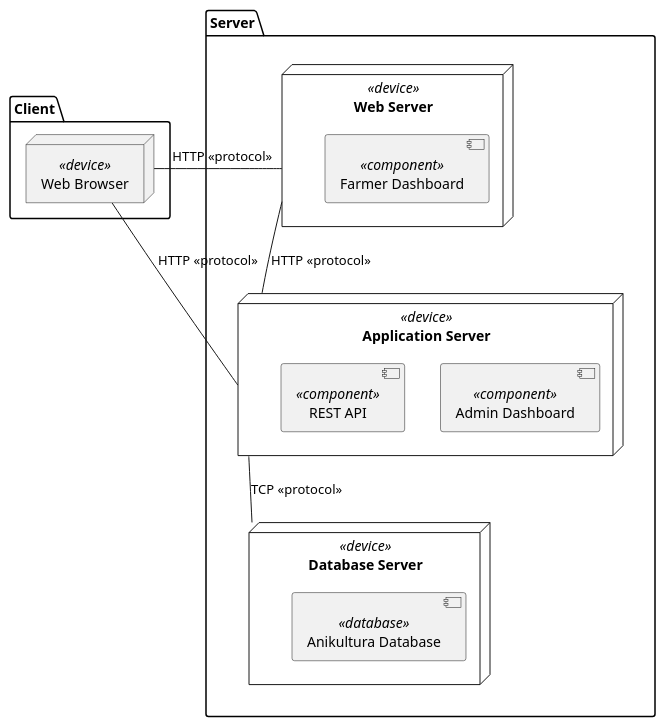
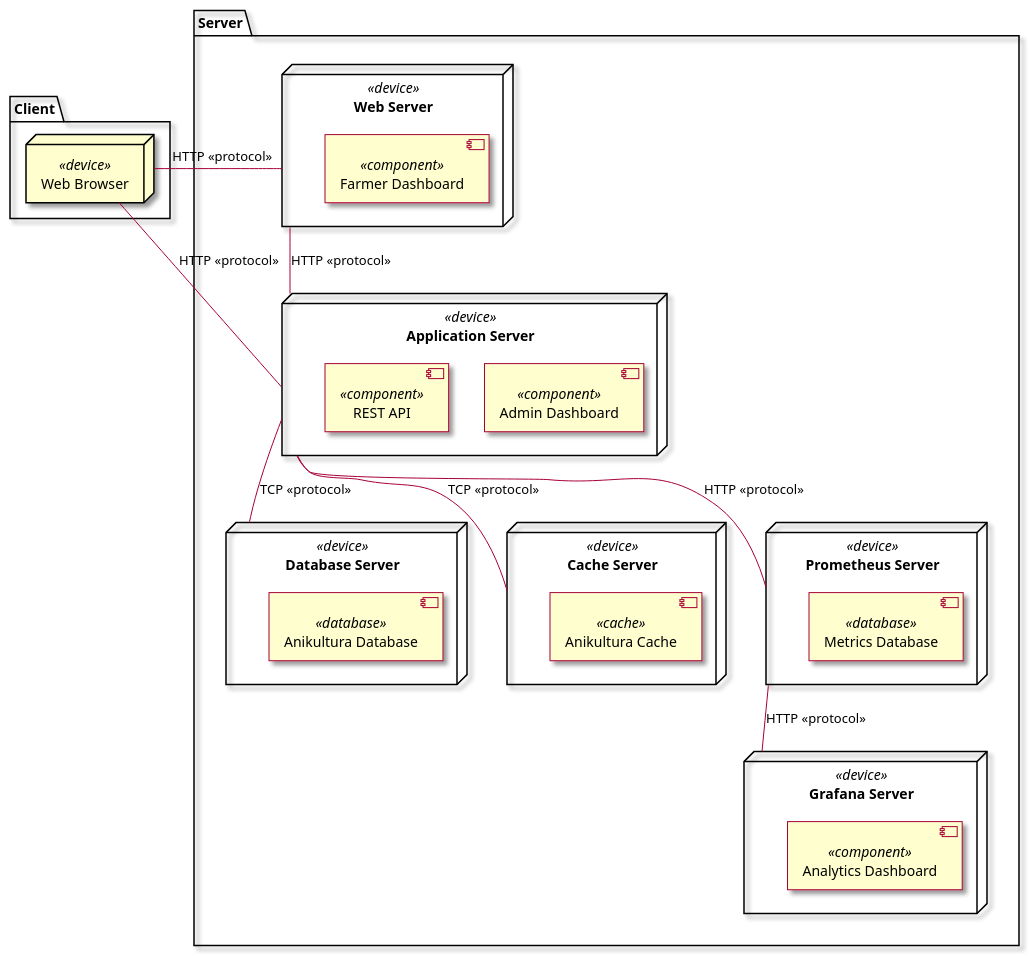
Before and after one commit to radical-doubting/anikultura-diagrams: the diagram in plantuml/proposed/deployment.wsd, drawn with PlantUML.

Commit message:
Update deployment diagram

```diff
--- a/plantuml/proposed/deployment.wsd
+++ b/plantuml/proposed/deployment.wsd
@@ -1,32 +1,50 @@
 @startuml
+skin rose
 
 package Client {
     node "Web Browser" as browser <<device>>
 }
 
 package Server {
     node "Web Server" <<device>> as web{
         component "Farmer Dashboard" <<component>> as farmer
 
         ' farmer -- html
         ' farmer -- js
         ' farmer -- css
     }
 
     node "Application Server" <<device>> as app {
         component "Admin Dashboard" <<component>> as admin
         component "REST API" <<component>> as rest
     }
 
     node "Database Server" <<device>> as db {
         component "Anikultura Database" <<database>>
     }
+
+    node "Cache Server" <<device>> as cache {
+        component "Anikultura Cache" <<cache>>
+    }
+
+    node "Prometheus Server" <<device>> as prom {
+        component "Metrics Database" <<database>>
+    }
+
+    node "Grafana Server" <<device>> as grafana {
+        component "Analytics Dashboard" <<component>>
+    }
 }
+
+web -- app : HTTP <<protocol>>
+app -- db : TCP <<protocol>>
+app -- cache : TCP <<protocol>>
+app -- prom : HTTP <<protocol>>
+prom -- grafana : HTTP <<protocol>>
+
 
 browser - web : HTTP <<protocol>>
 browser - app : HTTP <<protocol>>
 
-web -- app : HTTP <<protocol>>
-app -- db : TCP <<protocol>>
 
 @enduml
```
